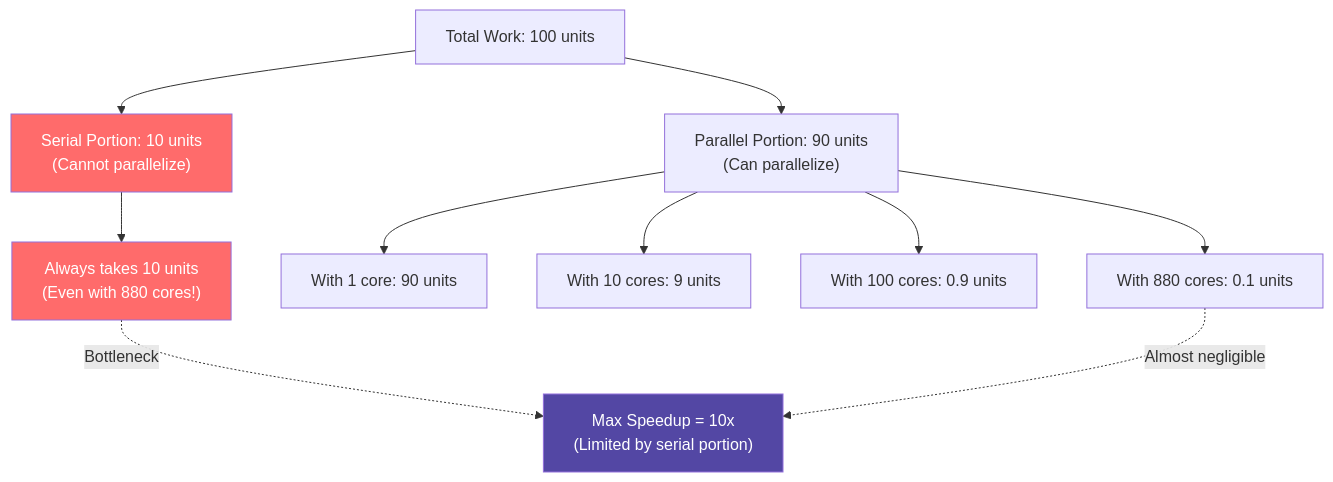
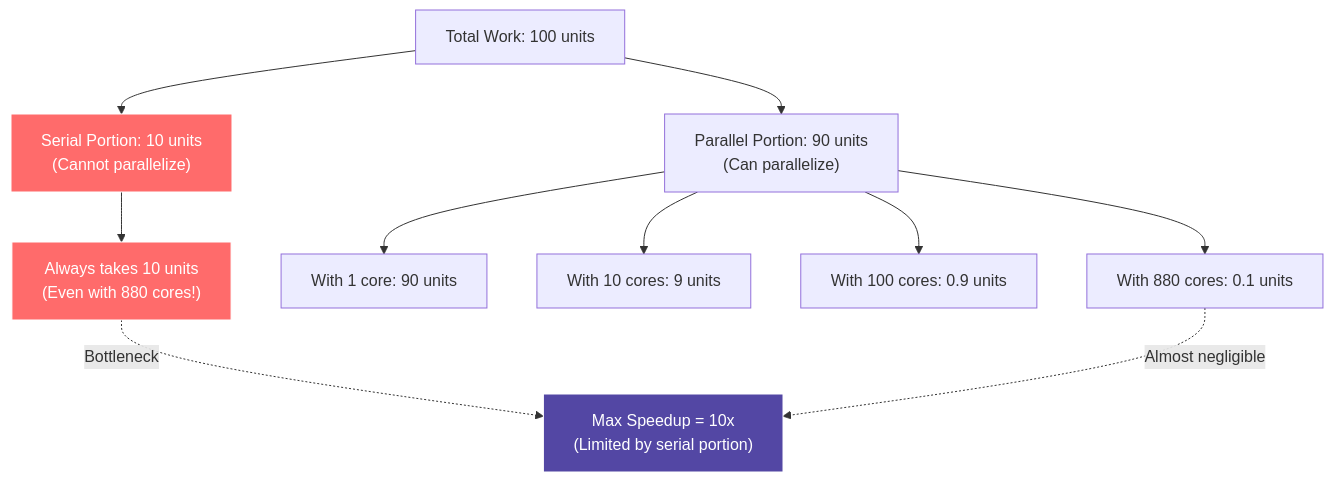
The first of 2 diagrams in content/lessons/cs-fundamentals-03-parallelism.md (tenstorrent/tt-vscode-toolkit), drawn with Mermaid before and after one commit. The commit also changed other lines of this file and 37 other files, not shown here.

````diff
--- a/content/lessons/cs-fundamentals-03-parallelism.md
+++ b/content/lessons/cs-fundamentals-03-parallelism.md
@@ -70,19 +70,19 @@
 ```mermaid
 graph TD
     A["Total Work: 100 units"] --> B["Serial Portion: 10 units<br/>(Cannot parallelize)"]
     A --> C["Parallel Portion: 90 units<br/>(Can parallelize)"]
 
     B --> D["Always takes 10 units<br/>(Even with 880 cores!)"]
 
     C --> E["With 1 core: 90 units"]
     C --> F["With 10 cores: 9 units"]
     C --> G["With 100 cores: 0.9 units"]
     C --> H["With 880 cores: 0.1 units"]
 
     D -.->|"Bottleneck"| I["Max Speedup = 10x<br/>(Limited by serial portion)"]
     H -.->|"Almost negligible"| I
 
-    style B fill:#ff6b6b,color:#fff
-    style D fill:#ff6b6b,color:#fff
-    style I fill:#5347a4,color:#fff
+    style B fill:#ff6b6b,stroke:#fff,color:#fff
+    style D fill:#ff6b6b,stroke:#fff,color:#fff
+    style I fill:#5347a4,stroke:#fff,color:#fff
 ```
````
